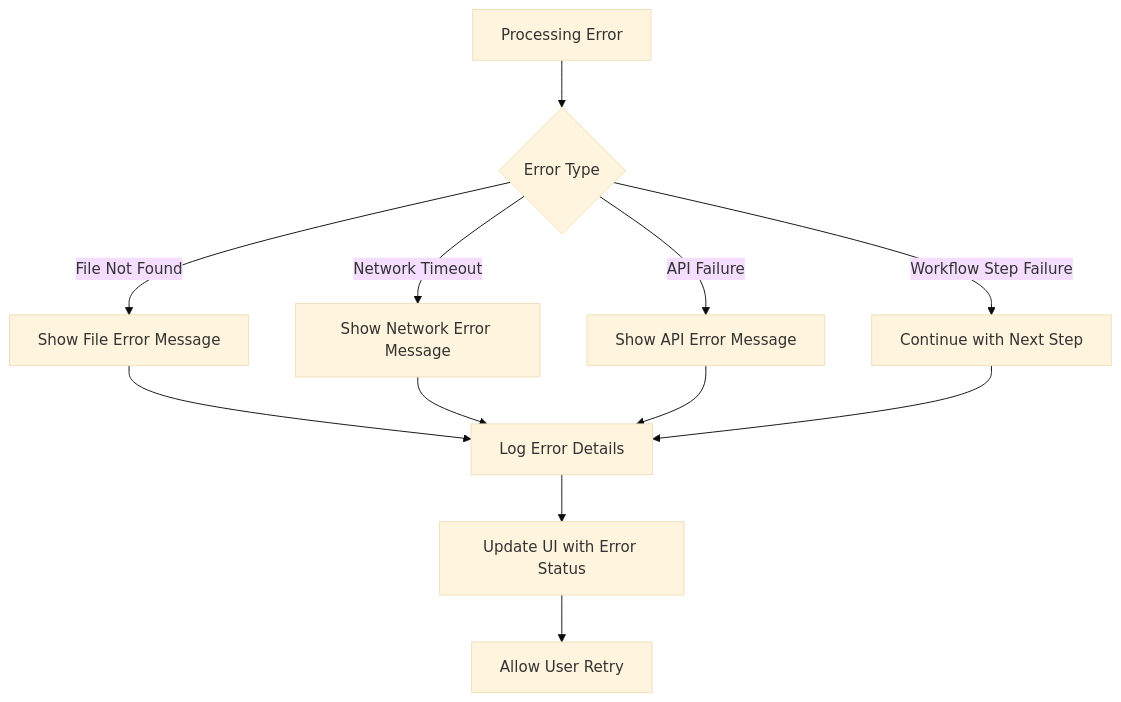
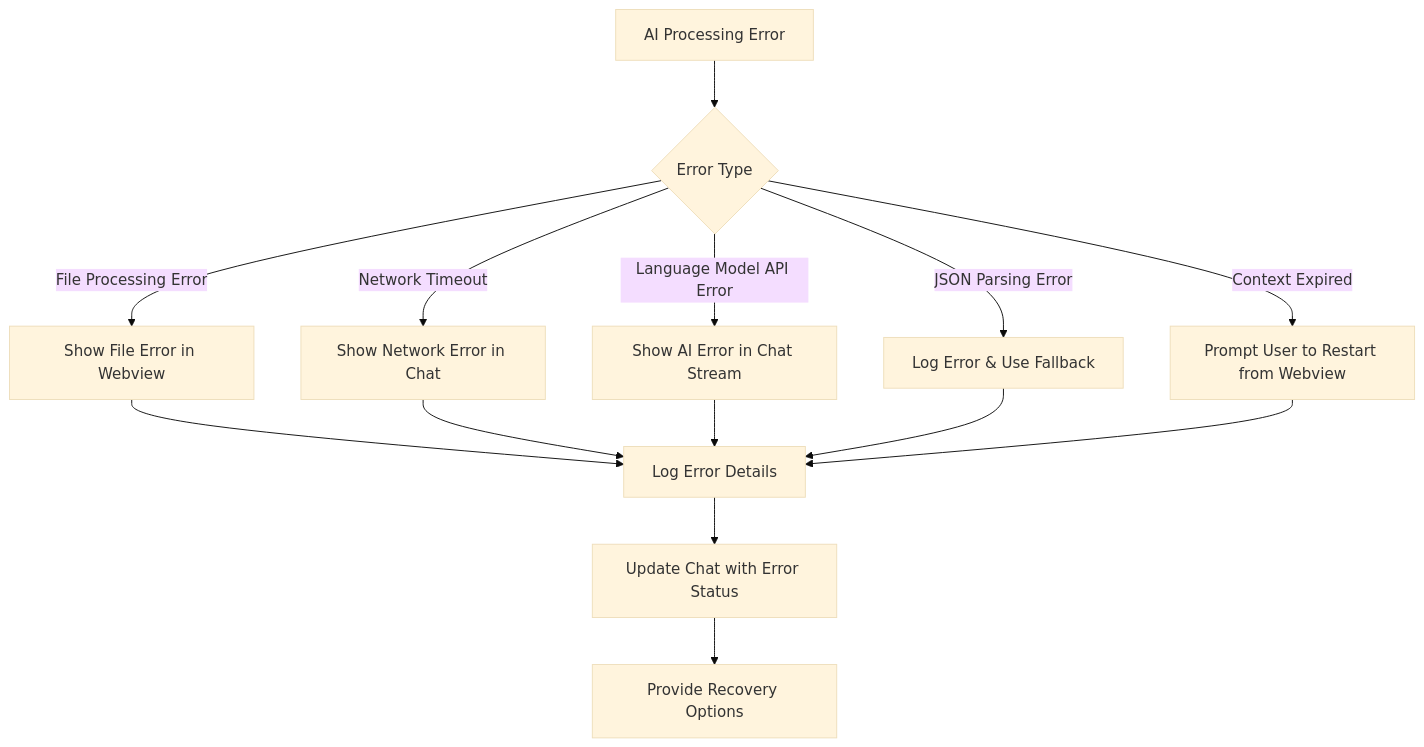
One commit to mrcloudchase/vscode-extension-template changed the second of 2 diagrams in docs/dataflow.md. Above: the diagram before and after it, drawn with Mermaid (base theme). The commit also changed other lines of this file and 21 other files, not shown here.

````diff
--- a/docs/dataflow.md
+++ b/docs/dataflow.md
@@ -228,16 +269,18 @@
 ```mermaid
 graph TD
-    A[Processing Error] --> B{Error Type}
-    B -->|File Not Found| C[Show File Error Message]
-    B -->|Network Timeout| D[Show Network Error Message]
-    B -->|API Failure| E[Show API Error Message]
-    B -->|Workflow Step Failure| F[Continue with Next Step]
+    A[AI Processing Error] --> B{Error Type}
+    B -->|File Processing Error| C[Show File Error in Webview]
+    B -->|Network Timeout| D[Show Network Error in Chat]
+    B -->|Language Model API Error| E[Show AI Error in Chat Stream]
+    B -->|JSON Parsing Error| F[Log Error & Use Fallback]
+    B -->|Context Expired| G[Prompt User to Restart from Webview]
     
-    C --> G[Log Error Details]
-    D --> G
-    E --> G
-    F --> G
+    C --> H[Log Error Details]
+    D --> H
+    E --> H
+    F --> H
+    G --> H
     
-    G --> H[Update UI with Error Status]
-    H --> I[Allow User Retry]
+    H --> I[Update Chat with Error Status]
+    I --> J[Provide Recovery Options]
 ```
````
